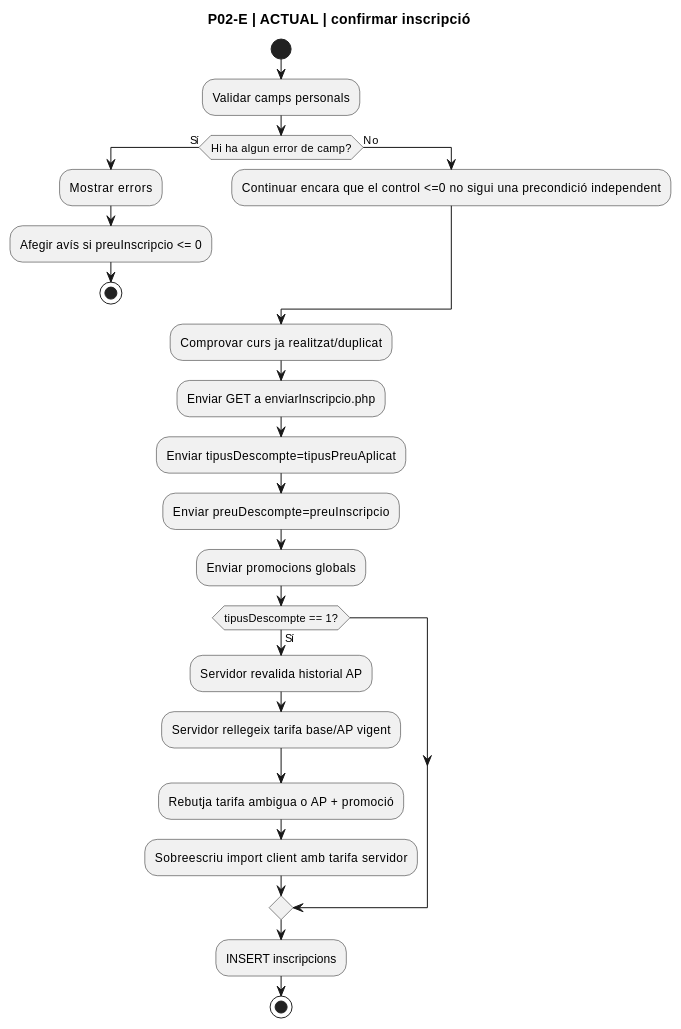
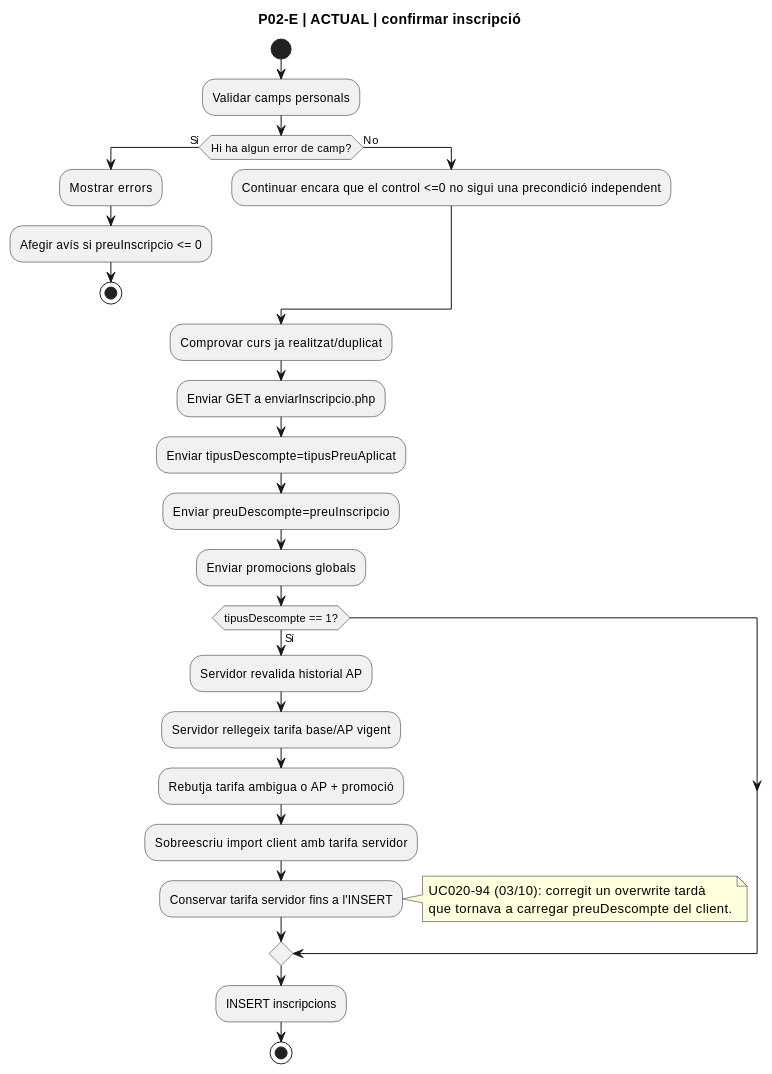
One commit to orgmeriemprismacat-del/verifactu changed the eighth of 25 diagrams in documentacio/07-uml-integrat/uc-020-activitats-pagines-actual-final.md. Above: the diagram before and after it, drawn with PlantUML. The commit also changed other lines of this file, not shown here.

Commit message:
docs(UC-020): revalidate activity diagrams and enrollment authority

````diff
--- a/documentacio/07-uml-integrat/uc-020-activitats-pagines-actual-final.md
+++ b/documentacio/07-uml-integrat/uc-020-activitats-pagines-actual-final.md
@@ -183,27 +183,32 @@
 ```plantuml
 @startuml
 title P02-E | ACTUAL | confirmar inscripció
 start
 :Validar camps personals;
 if (Hi ha algun error de camp?) then (Sí)
  :Mostrar errors;
  :Afegir avís si preuInscripcio <= 0;
  stop
 else (No)
  :Continuar encara que el control <=0 no sigui una precondició independent;
 endif
 :Comprovar curs ja realitzat/duplicat;
 :Enviar GET a enviarInscripcio.php;
 :Enviar tipusDescompte=tipusPreuAplicat;
 :Enviar preuDescompte=preuInscripcio;
 :Enviar promocions globals;
 if (tipusDescompte == 1?) then (Sí)
  :Servidor revalida historial AP;
  :Servidor rellegeix tarifa base/AP vigent;
  :Rebutja tarifa ambigua o AP + promoció;
  :Sobreescriu import client amb tarifa servidor;
+:Conservar tarifa servidor fins a l'INSERT;
+note right
+  UC020-94 (03/10): corregit un overwrite tardà
+  que tornava a carregar preuDescompte del client.
+end note
 endif
 :INSERT inscripcions;
 stop
 @enduml
 ```
````
